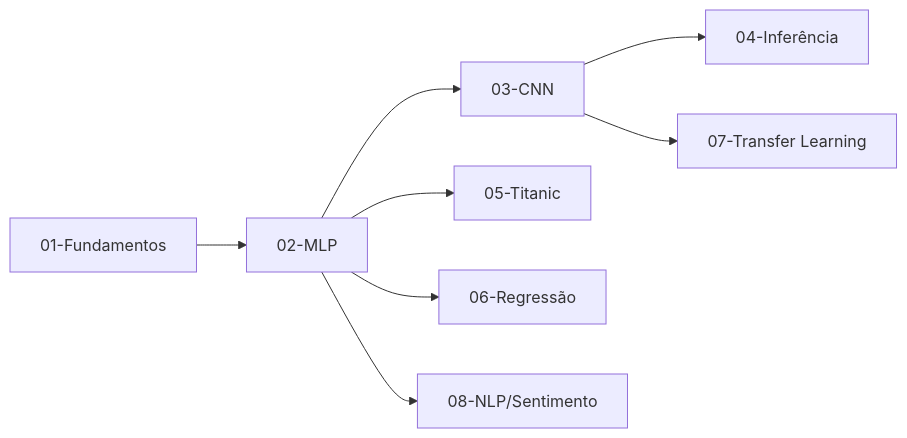
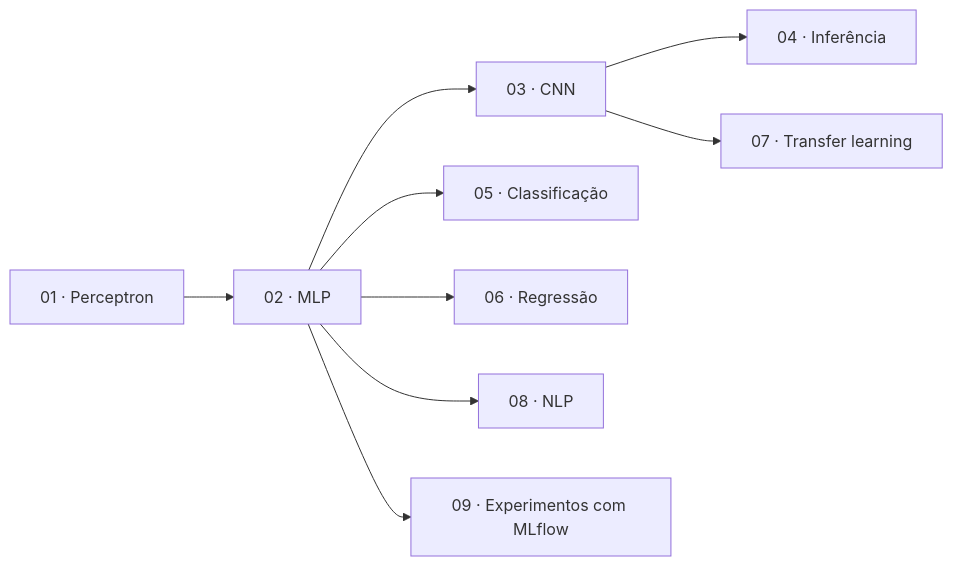
One commit to Viniirb/neural-networks-from-scratch changed the diagram in README.md. Above: the diagram before and after it, drawn with Mermaid. The commit also changed other lines of this file, not shown here.

````diff
--- a/README.md
+++ b/README.md
@@ -271,10 +50,11 @@
 ```mermaid
-graph LR
-    A[01-Fundamentos] --> B[02-MLP]
-    B --> C[03-CNN]
-    C --> D[04-Inferência]
-    B --> E[05-Titanic]
-    B --> F[06-Regressão]
-    C --> G[07-Transfer Learning]
-    B --> H[08-NLP/Sentimento]
+flowchart LR
+    A[01 · Perceptron] --> B[02 · MLP]
+    B --> C[03 · CNN]
+    C --> D[04 · Inferência]
+    B --> E[05 · Classificação]
+    B --> F[06 · Regressão]
+    C --> G[07 · Transfer learning]
+    B --> H[08 · NLP]
+    B --> I[09 · Experimentos com MLflow]
 ```
````
